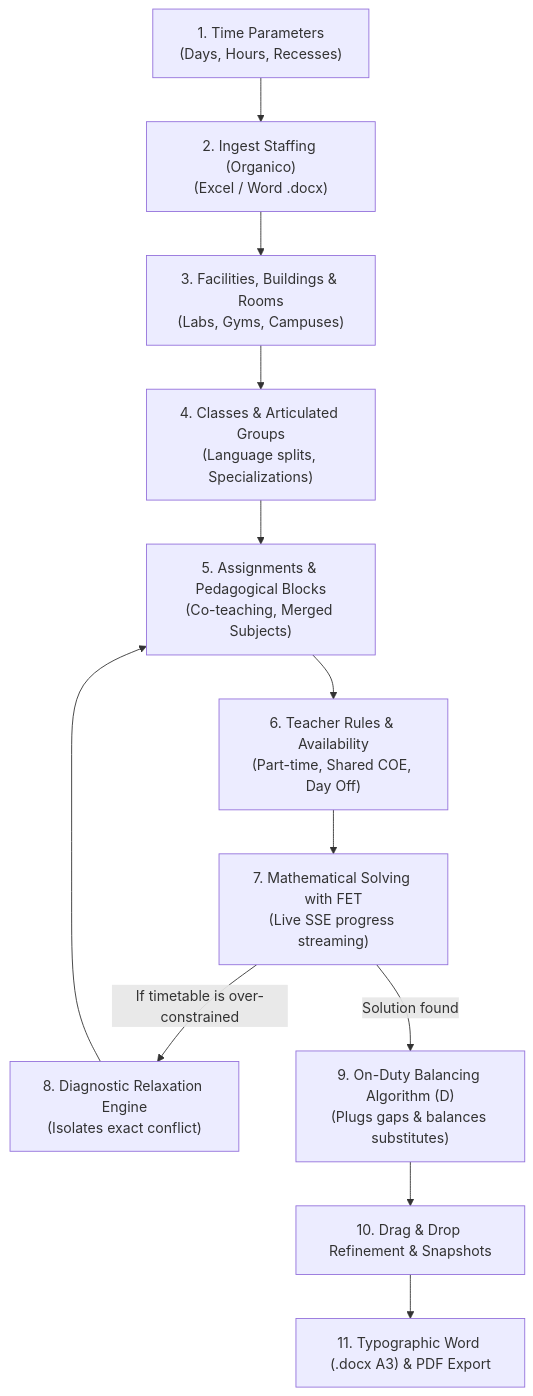
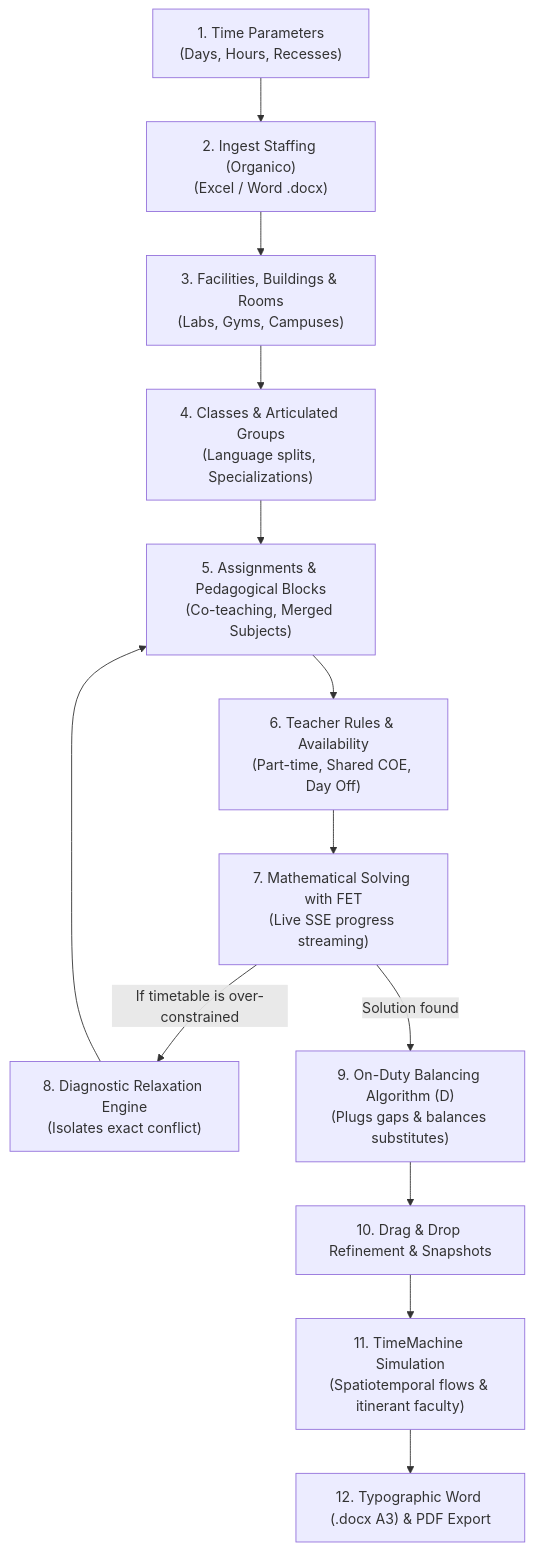
One commit to carlorigoni/eurario changed the diagram in docs/en/user-guide.md. Above: the diagram before and after it, drawn with Mermaid. The commit also changed other lines of this file and 8 other files, not shown here.

Commit message:
docs: documenta TimeMachine Plessi, Docenti Itineranti e novità disposizioni

````diff
--- a/docs/en/user-guide.md
+++ b/docs/en/user-guide.md
@@ -16,14 +16,15 @@
 ```mermaid
 flowchart TD
     F1["1. Time Parameters\n(Days, Hours, Recesses)"] --> F2["2. Ingest Staffing (Organico)\n(Excel / Word .docx)"]
     F2 --> F3["3. Facilities, Buildings & Rooms\n(Labs, Gyms, Campuses)"]
     F3 --> F4["4. Classes & Articulated Groups\n(Language splits, Specializations)"]
     F4 --> F5["5. Assignments & Pedagogical Blocks\n(Co-teaching, Merged Subjects)"]
     F5 --> F6["6. Teacher Rules & Availability\n(Part-time, Shared COE, Day Off)"]
     F6 --> F7["7. Mathematical Solving with FET\n(Live SSE progress streaming)"]
     F7 -->|"If timetable is over-constrained"| F8["8. Diagnostic Relaxation Engine\n(Isolates exact conflict)"]
     F7 -->|"Solution found"| F9["9. On-Duty Balancing Algorithm (D)\n(Plugs gaps & balances substitutes)"]
     F8 --> F5
     F9 --> F10["10. Drag & Drop Refinement & Snapshots"]
-    F10 --> F11["11. Typographic Word (.docx A3) & PDF Export"]
+    F10 --> F11["11. TimeMachine Simulation\n(Spatiotemporal flows & itinerant faculty)"]
+    F11 --> F12["12. Typographic Word (.docx A3) & PDF Export"]
 ```
````
